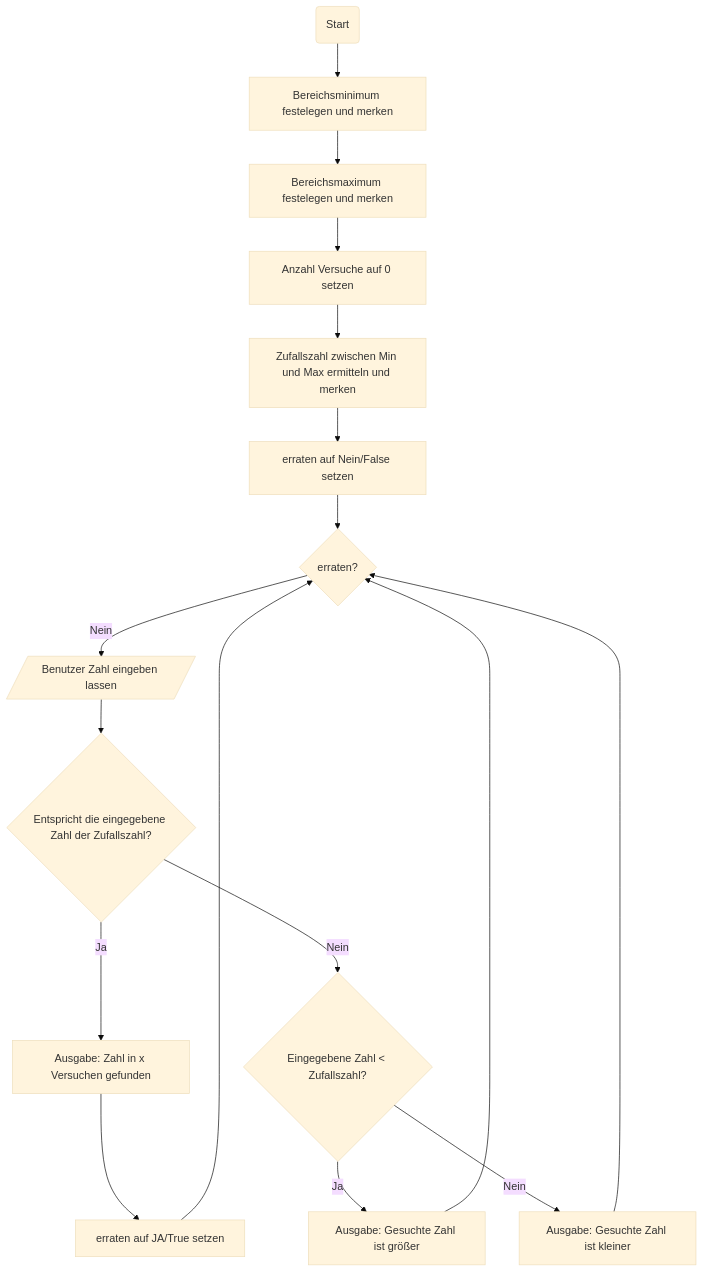
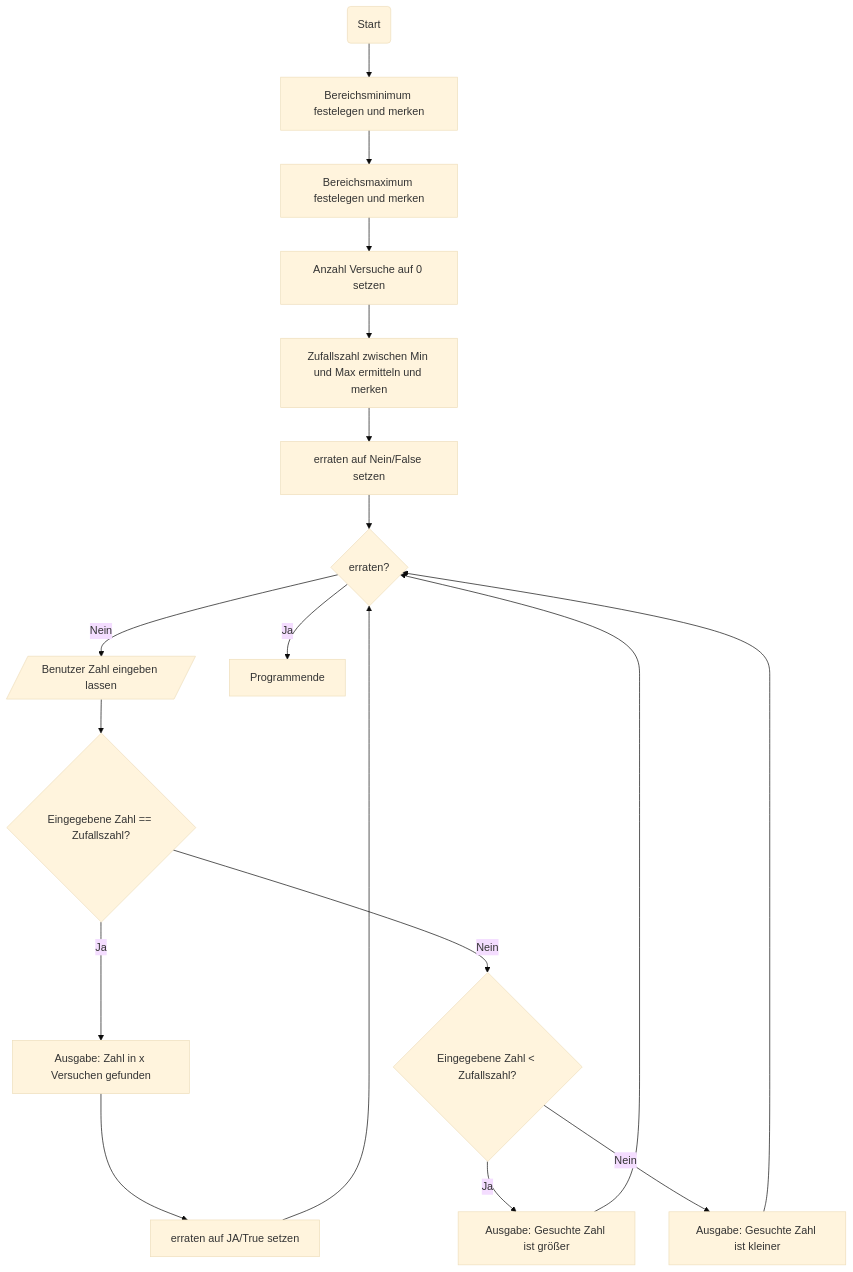
Before and after one commit to clander/voprogrammieren: the diagram in VO-Teil-1/GrundkonzepteProgrammierung/Zahlenraten/README.md, drawn with Mermaid (base theme). The commit also changed other lines of this file and 2 other files, not shown here.

````diff
--- a/VO-Teil-1/GrundkonzepteProgrammierung/Zahlenraten/README.md
+++ b/VO-Teil-1/GrundkonzepteProgrammierung/Zahlenraten/README.md
@@ -53,13 +53,14 @@
 ```mermaid
 flowchart TD
     A(Start) --> B[Bereichsminimum festelegen und merken] --> C[Bereichsmaximum festelegen und merken]-->D[Anzahl Versuche auf 0 setzen] -->E[Zufallszahl zwischen Min und Max ermitteln und merken] --> F[erraten auf Nein/False setzen]
     F-->G{erraten?}
     G-->|Nein|H[/Benutzer Zahl eingeben lassen/]
-    H-->I{Entspricht die eingegebene Zahl der Zufallszahl?}
+    G-->|Ja|O[Programmende]
+    H-->I{Eingegebene Zahl == Zufallszahl?}
     I-->|Ja|M[Ausgabe: Zahl in x Versuchen gefunden]
     M-->N[erraten auf JA/True setzen]
     N-->G
     I-->|Nein|J{Eingegebene Zahl < Zufallszahl?}
     J-->|Ja|L[Ausgabe: Gesuchte Zahl ist größer]-->G
     J-->|Nein|K[Ausgabe: Gesuchte Zahl ist kleiner]-->G
 ```
````
